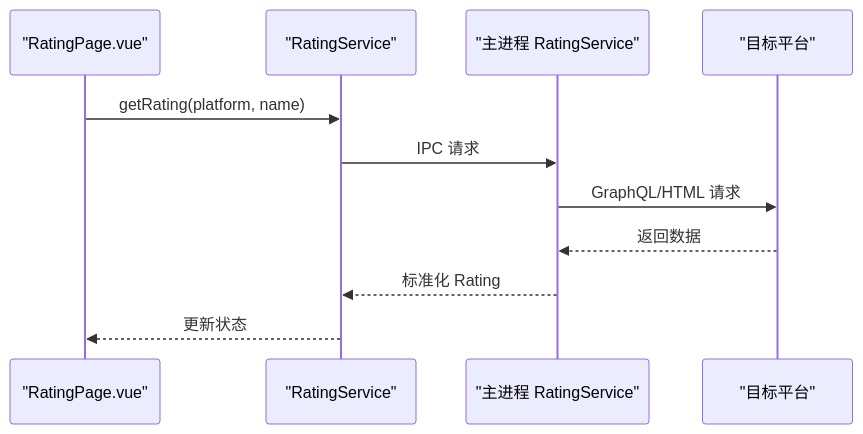
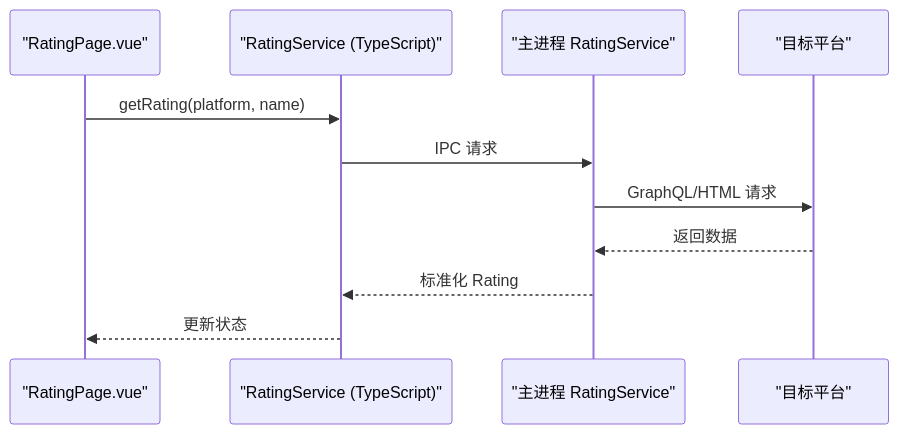
The fourth of 7 diagrams in .qoder/repowiki/zh/content/核心功能模块/核心功能模块.md (Siborne/OJFlow), drawn with Mermaid before and after one commit. The commit also changed other lines of this file and 12 other files, not shown here.

````diff
--- a/.qoder/repowiki/zh/content/核心功能模块/核心功能模块.md
+++ b/.qoder/repowiki/zh/content/核心功能模块/核心功能模块.md
@@ -193,13 +207,13 @@
 ```mermaid
 sequenceDiagram
 participant View as "RatingPage.vue"
-participant Service as "RatingService"
+participant Service as "RatingService (TypeScript)"
 participant MainSvc as "主进程 RatingService"
 participant Platform as "目标平台"
 View->>Service : getRating(platform, name)
 Service->>MainSvc : IPC 请求
 MainSvc->>Platform : GraphQL/HTML 请求
 Platform-->>MainSvc : 返回数据
 MainSvc-->>Service : 标准化 Rating
 Service-->>View : 更新状态
 ```
````
